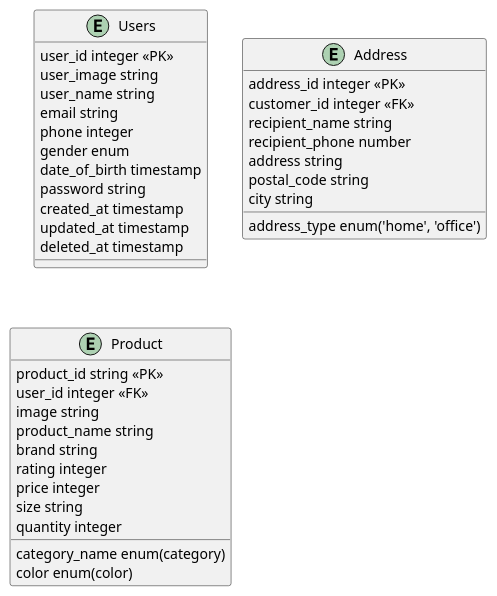
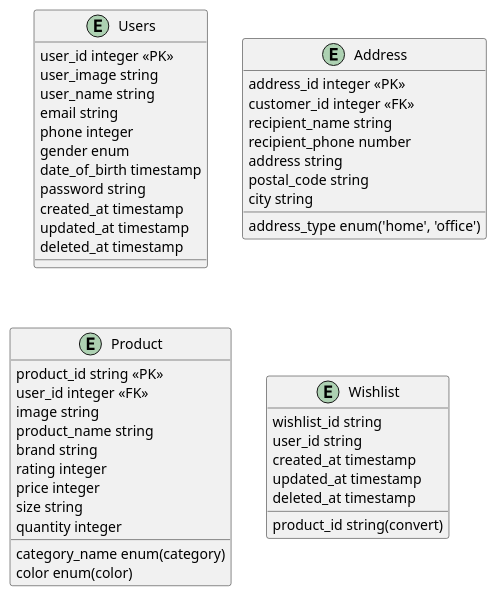
One commit to maulanazn/blanja-api changed the diagram in tabledata/userauth.puml. Above: the diagram before and after it, drawn with PlantUML. The commit also changed 44 other files, not shown here.

```diff
--- a/tabledata/userauth.puml
+++ b/tabledata/userauth.puml
@@ -1,42 +1,51 @@
 @startuml WhiteSmoke
 
 entity Users {
     user_id integer <<PK>>
     user_image string
     user_name string
     email string
     phone integer
     gender enum
     date_of_birth timestamp
     password string
     created_at timestamp
     updated_at timestamp
     deleted_at timestamp
 }
 
 entity Address {
     address_id integer <<PK>>
     customer_id integer <<FK>>
     address_type enum('home', 'office')
     recipient_name string
     recipient_phone number
     address string
     postal_code string
     city string
 }
 
 entity Product {
     product_id string <<PK>>
     user_id integer <<FK>>
     category_name enum(category)
     image string
     product_name string
     brand string
     rating integer
     price integer
     color enum(color)
     size string
     quantity integer
 }
 
+entity Wishlist {
+  wishlist_id string
+  user_id string
+  product_id string(convert)
+  created_at timestamp
+  updated_at timestamp
+  deleted_at timestamp
+}
+
 @enduml
```
